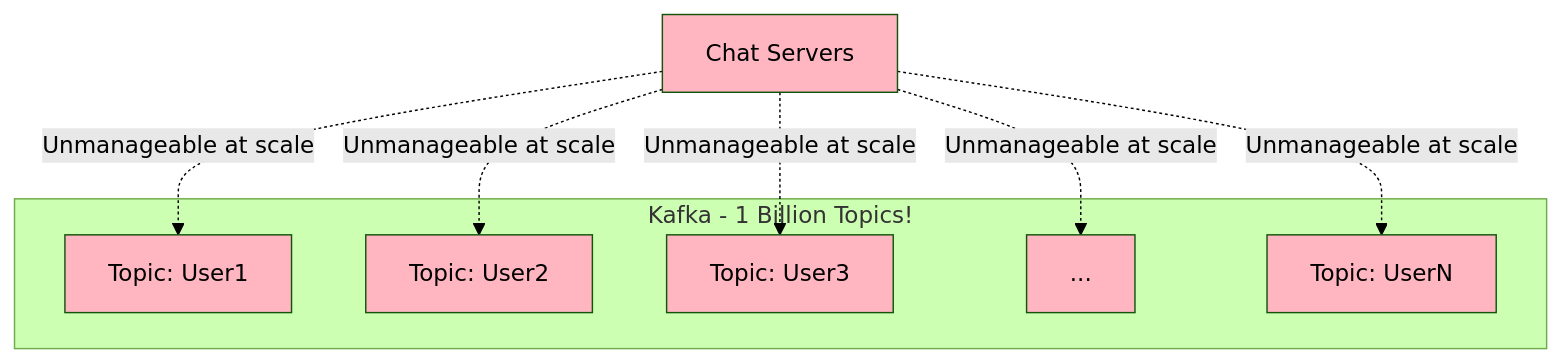
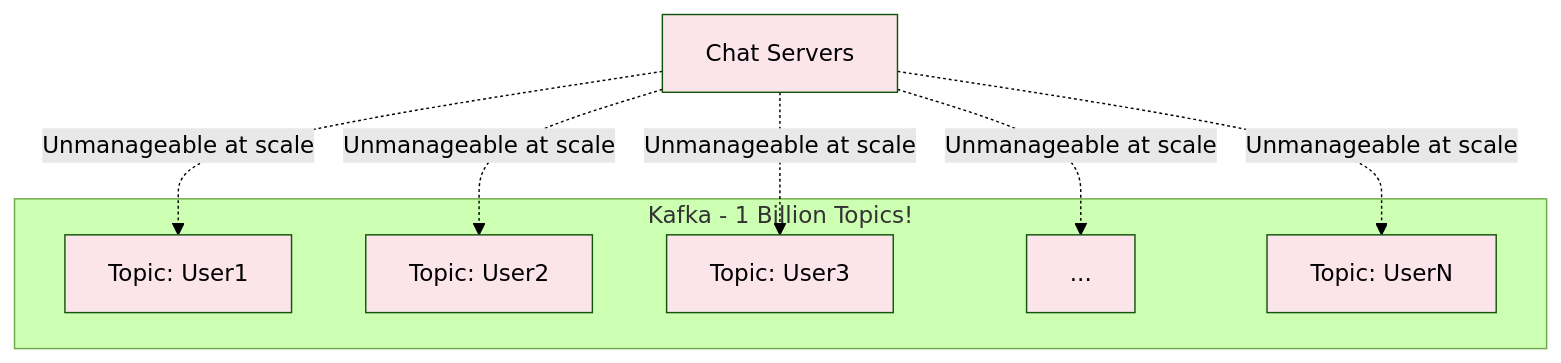
One commit to cartmancodes/InterviewVault changed diagram 13 of 22 in LLD/questions/Design Whatsapp.md. Above: the diagram before and after it, drawn with Mermaid (forest theme). The commit also changed other lines of this file and 679 other files, not shown here.

Commit message:
Unify content diagrams and add accessible visual walkthroughs

````diff
--- a/LLD/questions/Design Whatsapp.md
+++ b/LLD/questions/Design Whatsapp.md
@@ -743,25 +743,25 @@
 ```mermaid
 graph TB
     subgraph "Kafka - 1 Billion Topics!"
         T1[Topic: User1]
         T2[Topic: User2]
         T3[Topic: User3]
         T4[...]
         T5[Topic: UserN]
     end
     
     CS[Chat Servers]
     
     CS -.->|Unmanageable at scale| T1
     CS -.->|Unmanageable at scale| T2
     CS -.->|Unmanageable at scale| T3
     CS -.->|Unmanageable at scale| T4
     CS -.->|Unmanageable at scale| T5
     
-    style T1 fill:#FFB6C1
-    style T2 fill:#FFB6C1
-    style T3 fill:#FFB6C1
-    style T4 fill:#FFB6C1
-    style T5 fill:#FFB6C1
-    style CS fill:#FFB6C1
+    style T1 fill:#FCE5EA
+    style T2 fill:#FCE5EA
+    style T3 fill:#FCE5EA
+    style T4 fill:#FCE5EA
+    style T5 fill:#FCE5EA
+    style CS fill:#FCE5EA
 ```
````
